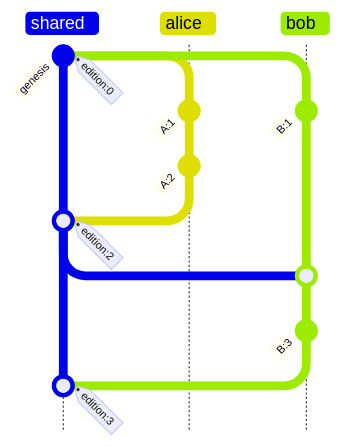
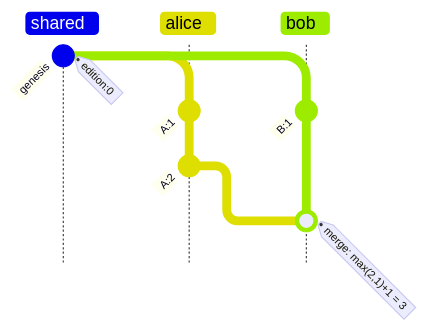
One commit to dialog-db/dialog-db changed the second of 8 diagrams in notes/version-control.md. Above: the diagram before and after it, drawn with Mermaid. The commit also changed other lines of this file and 94 other files, not shown here.

````diff
--- a/notes/version-control.md
+++ b/notes/version-control.md
@@ -180,19 +67,14 @@
 ```mermaid
 %%{init: { 'gitGraph': {'showBranches': true, 'showCommitLabel':true,'mainBranchName': 'shared', 'parallelCommits': true}} }%%
 gitGraph TB:
    commit id: "genesis" tag: "edition:0"
    branch alice
    branch bob
    checkout alice
    commit id: "A:1"
    commit id: "A:2"
    checkout bob
    commit id: "B:1"
-   checkout shared
-   merge alice tag: "edition:2"
    checkout bob
-   merge shared
-   commit id: "B:3"
-   checkout shared
-   merge bob tag: "edition:3"
+   merge alice tag: "merge: max(2,1)+1 = 3"
 ```
````
